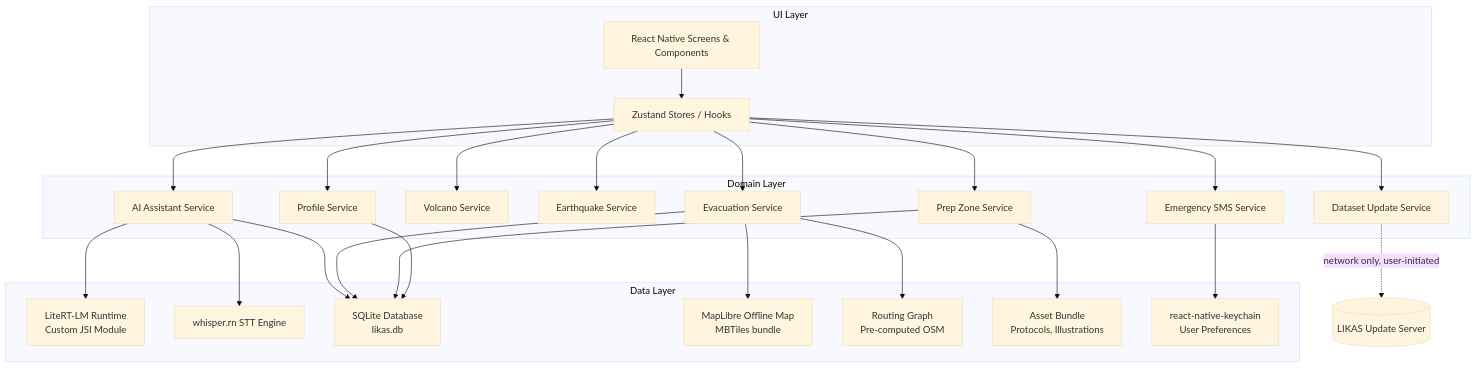
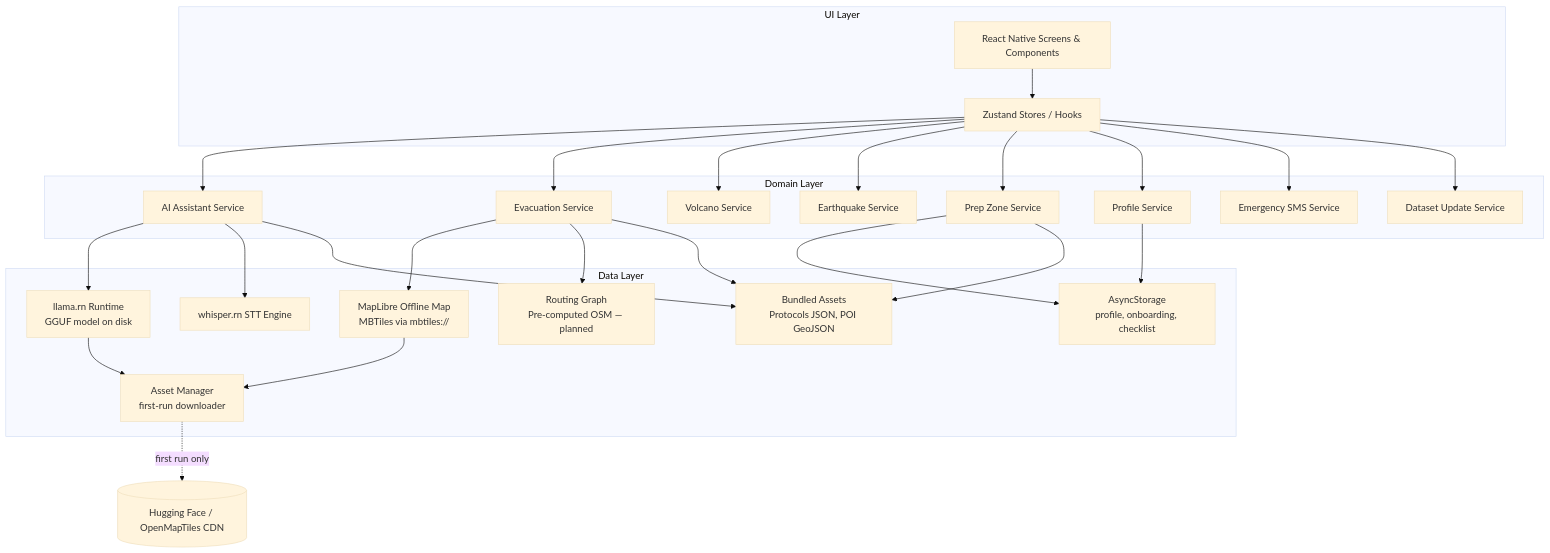
One commit to JpCurada/likas changed the diagram in docs/design.md. Above: the diagram before and after it, drawn with Mermaid (base theme). The commit also changed other lines of this file and 2 other files, not shown here.

````diff
--- a/docs/design.md
+++ b/docs/design.md
@@ -28,38 +30,39 @@
 ```mermaid
 graph TD
     subgraph UI["UI Layer"]
         A[React Native Screens & Components]
         B[Zustand Stores / Hooks]
     end
 
     subgraph Domain["Domain Layer"]
         C[AI Assistant Service]
         D[Evacuation Service]
         E[Volcano Service]
         F[Earthquake Service]
         G[Prep Zone Service]
         H[Profile Service]
         I[Emergency SMS Service]
         J[Dataset Update Service]
     end
 
     subgraph Data["Data Layer"]
-        K[LiteRT-LM Runtime\nCustom JSI Module]
+        K[llama.rn Runtime\nGGUF model on disk]
         L[whisper.rn STT Engine]
-        M[SQLite Database\nlikas.db]
-        N[MapLibre Offline Map\nMBTiles bundle]
-        O[Routing Graph\nPre-computed OSM]
-        P[Asset Bundle\nProtocols, Illustrations]
-        Q[react-native-keychain\nUser Preferences]
+        M[AsyncStorage\nprofile, onboarding, checklist]
+        N[MapLibre Offline Map\nMBTiles via mbtiles://]
+        O[Routing Graph\nPre-computed OSM — planned]
+        P[Bundled Assets\nProtocols JSON, POI GeoJSON]
+        Q[Asset Manager\nfirst-run downloader]
     end
 
     A --> B
     B --> C & D & E & F & G & H & I & J
 
-    C --> K & L & M
-    D --> M & N & O
+    C --> K & L & P
+    D --> N & O & P
     G --> M & P
     H --> M
-    I --> Q
-    J -.->|network only, user-initiated| R[(LIKAS Update Server)]
+    Q -.->|first run only| R[(Hugging Face / OpenMapTiles CDN)]
+    K --> Q
+    N --> Q
 ```
````
